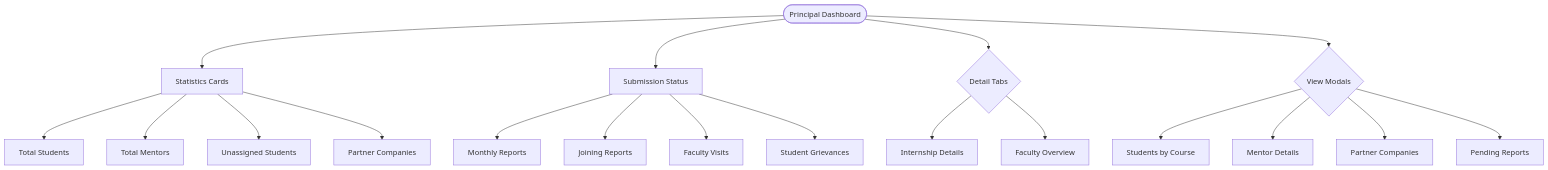
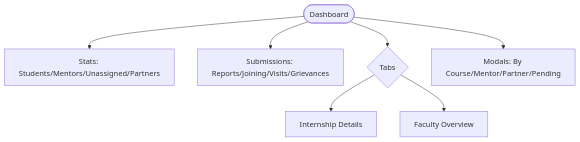
One commit to gunjangupta-gh/placeintern changed diagram 14 of 58 in INTERNSHIP_PORTAL_FLOW_DIAGRAMS.md. Above: the diagram before and after it, drawn with Mermaid. The commit also changed other lines of this file and 6 other files, not shown here.

````diff
--- a/INTERNSHIP_PORTAL_FLOW_DIAGRAMS.md
+++ b/INTERNSHIP_PORTAL_FLOW_DIAGRAMS.md
@@ -464,25 +218,9 @@
 ```mermaid
 flowchart TD
-    PRIN_DASH([Principal Dashboard]) --> STATS[Statistics Cards]
-
-    STATS --> TOTAL_STU[Total Students]
-    STATS --> TOTAL_MENTORS[Total Mentors]
-    STATS --> UNASSIGNED[Unassigned Students]
-    STATS --> PARTNERS[Partner Companies]
-
-    PRIN_DASH --> SUBMISSION[Submission Status]
-    SUBMISSION --> MONTHLY_REP[Monthly Reports]
-    SUBMISSION --> JOINING_REP[Joining Reports]
-    SUBMISSION --> FAC_VISITS[Faculty Visits]
-    SUBMISSION --> GRIEVANCES[Student Grievances]
-
-    PRIN_DASH --> DETAIL_TABS{Detail Tabs}
-    DETAIL_TABS --> INTERN_TAB[Internship Details]
-    DETAIL_TABS --> FACULTY_TAB[Faculty Overview]
-
-    PRIN_DASH --> MODALS{View Modals}
-    MODALS --> STU_COURSE[Students by Course]
-    MODALS --> MENTOR_DET[Mentor Details]
-    MODALS --> PARTNER_DET[Partner Companies]
-    MODALS --> PENDING_REP[Pending Reports]
+    A([Dashboard])-->B[Stats: Students/Mentors/Unassigned/Partners]
+    A-->C[Submissions: Reports/Joining/Visits/Grievances]
+    A-->D{Tabs}
+    D-->E[Internship Details]
+    D-->F[Faculty Overview]
+    A-->G[Modals: By Course/Mentor/Partner/Pending]
 ```
````
